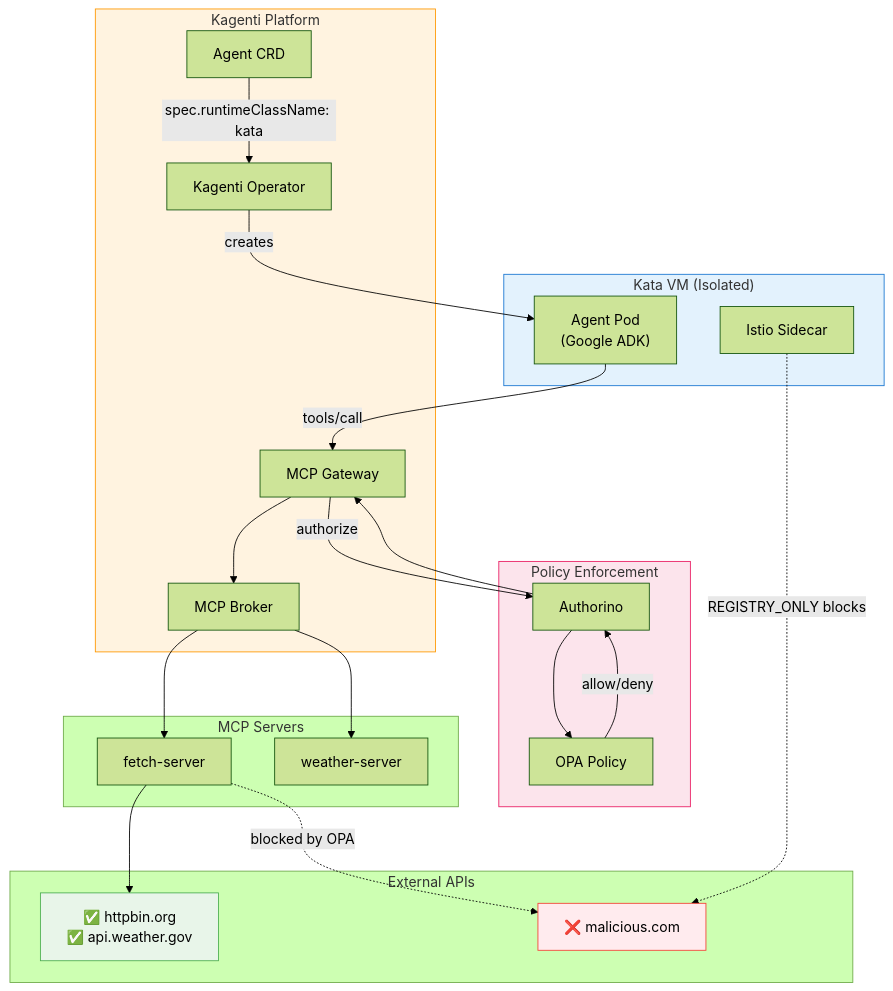
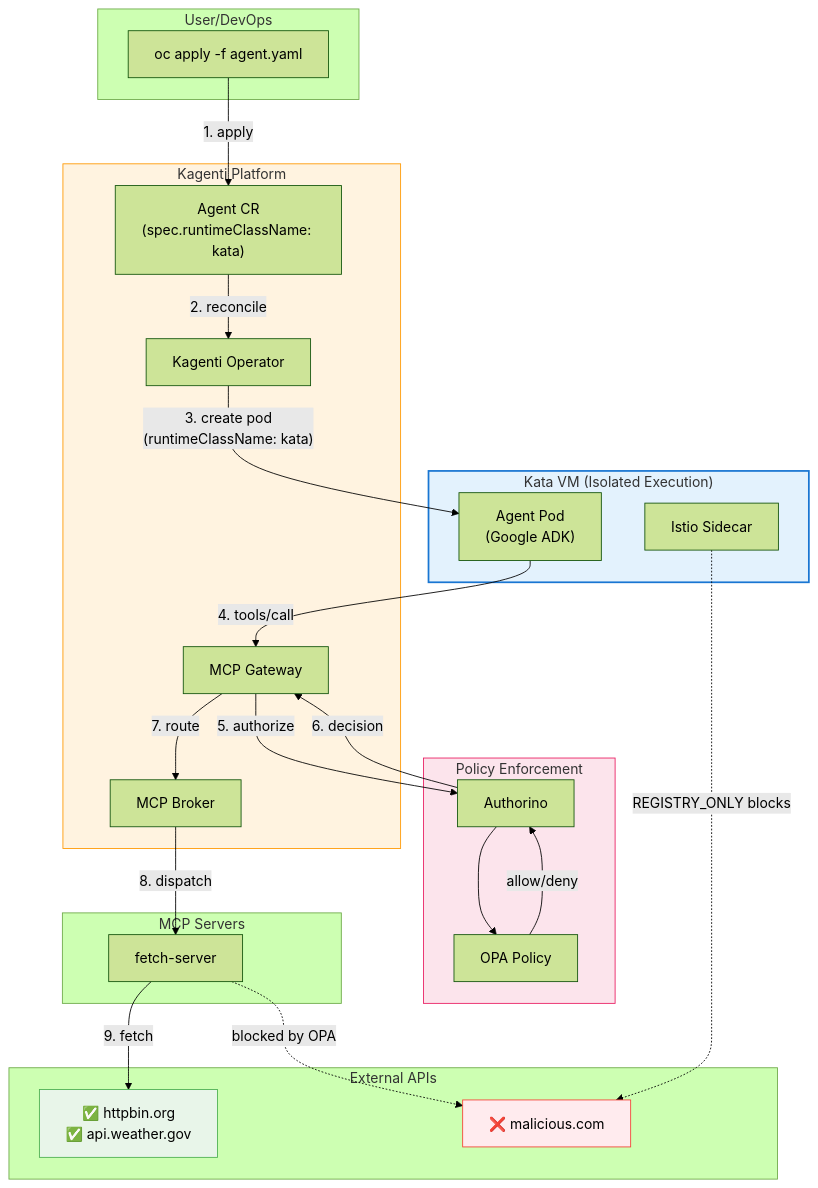
One commit to rrbanda/agent-sandbox-ocp changed the first of 3 diagrams in docs/architecture.md. Above: the diagram before and after it, drawn with Mermaid (forest theme). The commit also changed other lines of this file and 1 other file, not shown here.

First line of the commit message:
Update sequence diagrams to show complete Kagenti flow

````diff
--- a/docs/architecture.md
+++ b/docs/architecture.md
@@ -5,56 +5,57 @@
 ```mermaid
 flowchart TB
+    subgraph User["User/DevOps"]
+        Apply["oc apply -f agent.yaml"]
+    end
+
     subgraph Kagenti["Kagenti Platform"]
+        AgentCRD["Agent CR<br/>(spec.runtimeClassName: kata)"]
         Operator["Kagenti Operator"]
-        AgentCRD["Agent CRD"]
         MCPGateway["MCP Gateway"]
         Broker["MCP Broker"]
     end
 
-    subgraph KataVM["Kata VM (Isolated)"]
+    subgraph KataVM["Kata VM (Isolated Execution)"]
         AgentPod["Agent Pod<br/>(Google ADK)"]
         IstioSidecar["Istio Sidecar"]
     end
 
     subgraph Policy["Policy Enforcement"]
         Authorino["Authorino"]
         OPA["OPA Policy"]
     end
 
     subgraph MCPBackend["MCP Servers"]
-        MCPServer1["fetch-server"]
-        MCPServer2["weather-server"]
+        FetchServer["fetch-server"]
     end
 
     subgraph External["External APIs"]
         Approved["✅ httpbin.org<br/>✅ api.weather.gov"]
         Blocked["❌ malicious.com"]
     end
 
-    %% Kagenti creates agent
-    Operator -->|"creates"| AgentPod
-    AgentCRD -->|"spec.runtimeClassName: kata"| Operator
-    
-    %% Agent calls tools via MCP Gateway
-    AgentPod -->|"tools/call"| MCPGateway
-    MCPGateway -->|"authorize"| Authorino
+    %% Deployment flow
+    Apply -->|"1. apply"| AgentCRD
+    AgentCRD -->|"2. reconcile"| Operator
+    Operator -->|"3. create pod<br/>(runtimeClassName: kata)"| AgentPod
+
+    %% Tool call flow
+    AgentPod -->|"4. tools/call"| MCPGateway
+    MCPGateway -->|"5. authorize"| Authorino
     Authorino --> OPA
     OPA -->|"allow/deny"| Authorino
-    Authorino --> MCPGateway
-    MCPGateway --> Broker
-    Broker --> MCPServer1
-    Broker --> MCPServer2
+    Authorino -->|"6. decision"| MCPGateway
+    MCPGateway -->|"7. route"| Broker
+    Broker -->|"8. dispatch"| FetchServer
+    FetchServer -->|"9. fetch"| Approved
 
-    %% MCP servers access external APIs
-    MCPServer1 --> Approved
-    MCPServer1 -.->|"blocked by OPA"| Blocked
-
-    %% Istio blocks direct access
+    %% Blocked paths
+    FetchServer -.->|"blocked by OPA"| Blocked
     IstioSidecar -.->|"REGISTRY_ONLY blocks"| Blocked
 
-    style KataVM fill:#e3f2fd,stroke:#1976d2
+    style KataVM fill:#e3f2fd,stroke:#1976d2,stroke-width:2px
     style Kagenti fill:#fff3e0,stroke:#ff9800
     style Policy fill:#fce4ec,stroke:#e91e63
     style Blocked fill:#ffebee,stroke:#f44336
     style Approved fill:#e8f5e9,stroke:#4caf50
 ```
````
